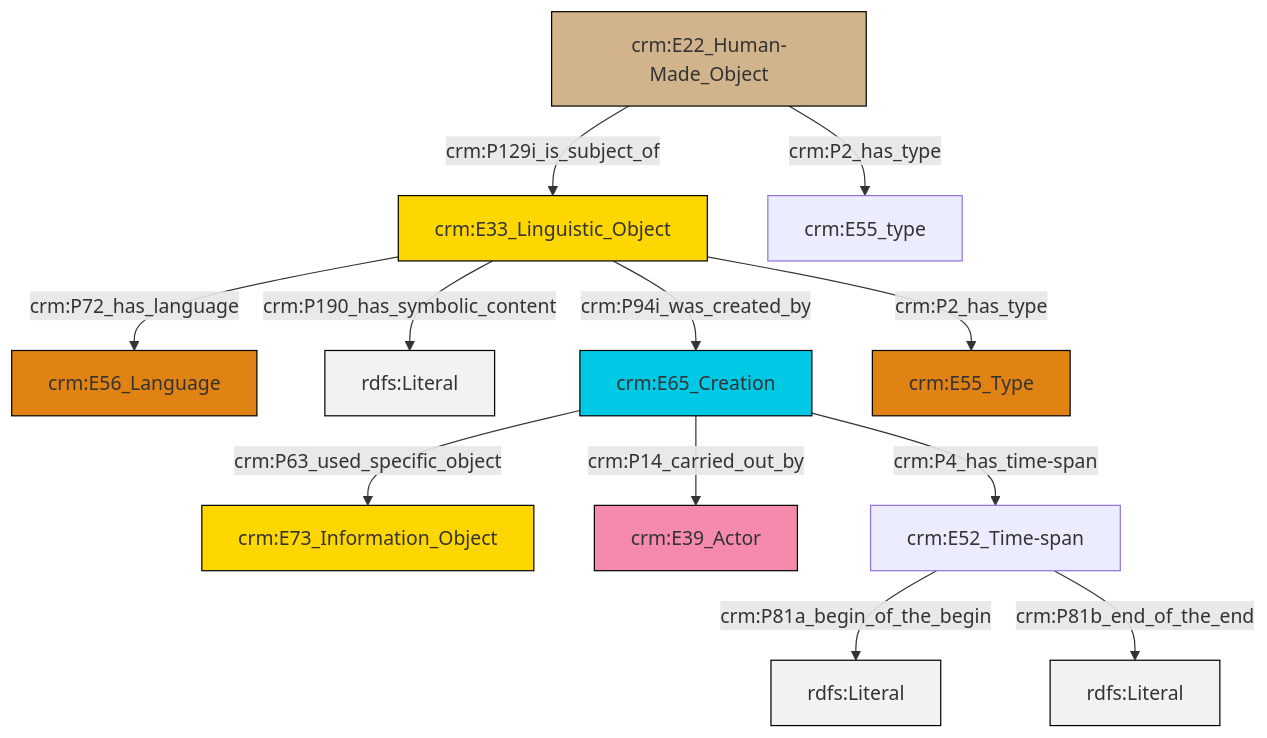
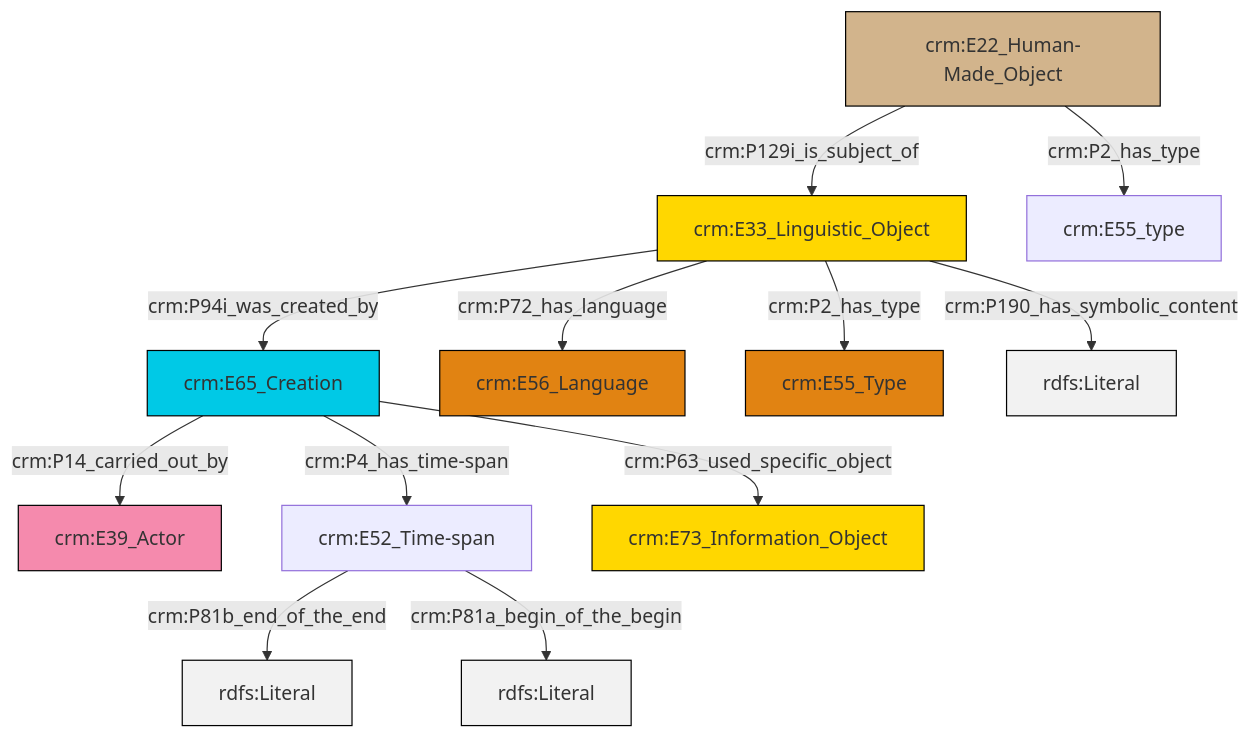
One commit to ncarboni/srdm changed the diagram in et/builtWorkCSV/ttl/mmd/Built_Work_description.ttl.mmd. Above: the diagram before and after it, drawn with Mermaid. The commit also changed 187 other files, not shown here.

```diff
--- a/et/builtWorkCSV/ttl/mmd/Built_Work_description.ttl.mmd
+++ b/et/builtWorkCSV/ttl/mmd/Built_Work_description.ttl.mmd
@@ -1,26 +1,26 @@
 graph TD
 classDef Literal fill:#f2f2f2,stroke:#000000;
 classDef CRM_Entity fill:#FFFFFF,stroke:#000000;
 classDef Temporal_Entity fill:#00C9E6, stroke:#000000;
 classDef Type fill:#E18312, stroke:#000000;
 classDef Time-Span fill:#2C9C91, stroke:#000000;
 classDef Appellation fill:#FFEB7F, stroke:#000000;
 classDef Place fill:#008836, stroke:#000000;
 classDef Persistent_Item fill:#B266B2, stroke:#000000;
 classDef Conceptual_Object fill:#FFD700, stroke:#000000;
 classDef Physical_Thing fill:#D2B48C, stroke:#000000;
 classDef Actor fill:#f58aad, stroke:#000000;
 classDef PC_Classes fill:#4ce600, stroke:#000000;
 classDef Multi fill:#cccccc,stroke:#000000;
 
-0["crm:E22_Human-Made_Object"]:::Physical_Thing -->|crm:P129i_is_subject_of| 1["crm:E33_Linguistic_Object"]:::Conceptual_Object
-0["crm:E22_Human-Made_Object"]:::Physical_Thing -->|crm:P2_has_type| 2["crm:E55_type"]:::Default
-1["crm:E33_Linguistic_Object"]:::Conceptual_Object -->|crm:P72_has_language| 4["crm:E56_Language"]:::Type
-1["crm:E33_Linguistic_Object"]:::Conceptual_Object -->|crm:P190_has_symbolic_content| 6[rdfs:Literal]:::Literal
-7["crm:E65_Creation"]:::Temporal_Entity -->|crm:P63_used_specific_object| 8["crm:E73_Information_Object"]:::Conceptual_Object
-7["crm:E65_Creation"]:::Temporal_Entity -->|crm:P14_carried_out_by| 10["crm:E39_Actor"]:::Actor
-1["crm:E33_Linguistic_Object"]:::Conceptual_Object -->|crm:P94i_was_created_by| 7["crm:E65_Creation"]:::Temporal_Entity
-13["crm:E52_Time-span"]:::Default -->|crm:P81a_begin_of_the_begin| 15[rdfs:Literal]:::Literal
-7["crm:E65_Creation"]:::Temporal_Entity -->|crm:P4_has_time-span| 13["crm:E52_Time-span"]:::Default
-1["crm:E33_Linguistic_Object"]:::Conceptual_Object -->|crm:P2_has_type| 16["crm:E55_Type"]:::Type
-13["crm:E52_Time-span"]:::Default -->|crm:P81b_end_of_the_end| 19[rdfs:Literal]:::Literal
+2["crm:E22_Human-Made_Object"]:::Physical_Thing -->|crm:P129i_is_subject_of| 3["crm:E33_Linguistic_Object"]:::Conceptual_Object
+3["crm:E33_Linguistic_Object"]:::Conceptual_Object -->|crm:P94i_was_created_by| 4["crm:E65_Creation"]:::Temporal_Entity
+2["crm:E22_Human-Made_Object"]:::Physical_Thing -->|crm:P2_has_type| 6["crm:E55_type"]:::Default
+3["crm:E33_Linguistic_Object"]:::Conceptual_Object -->|crm:P72_has_language| 7["crm:E56_Language"]:::Type
+3["crm:E33_Linguistic_Object"]:::Conceptual_Object -->|crm:P2_has_type| 8["crm:E55_Type"]:::Type
+10["crm:E52_Time-span"]:::Default -->|crm:P81b_end_of_the_end| 11[rdfs:Literal]:::Literal
+4["crm:E65_Creation"]:::Temporal_Entity -->|crm:P14_carried_out_by| 0["crm:E39_Actor"]:::Actor
+4["crm:E65_Creation"]:::Temporal_Entity -->|crm:P4_has_time-span| 10["crm:E52_Time-span"]:::Default
+10["crm:E52_Time-span"]:::Default -->|crm:P81a_begin_of_the_begin| 17[rdfs:Literal]:::Literal
+3["crm:E33_Linguistic_Object"]:::Conceptual_Object -->|crm:P190_has_symbolic_content| 19[rdfs:Literal]:::Literal
+4["crm:E65_Creation"]:::Temporal_Entity -->|crm:P63_used_specific_object| 13["crm:E73_Information_Object"]:::Conceptual_Object
```
